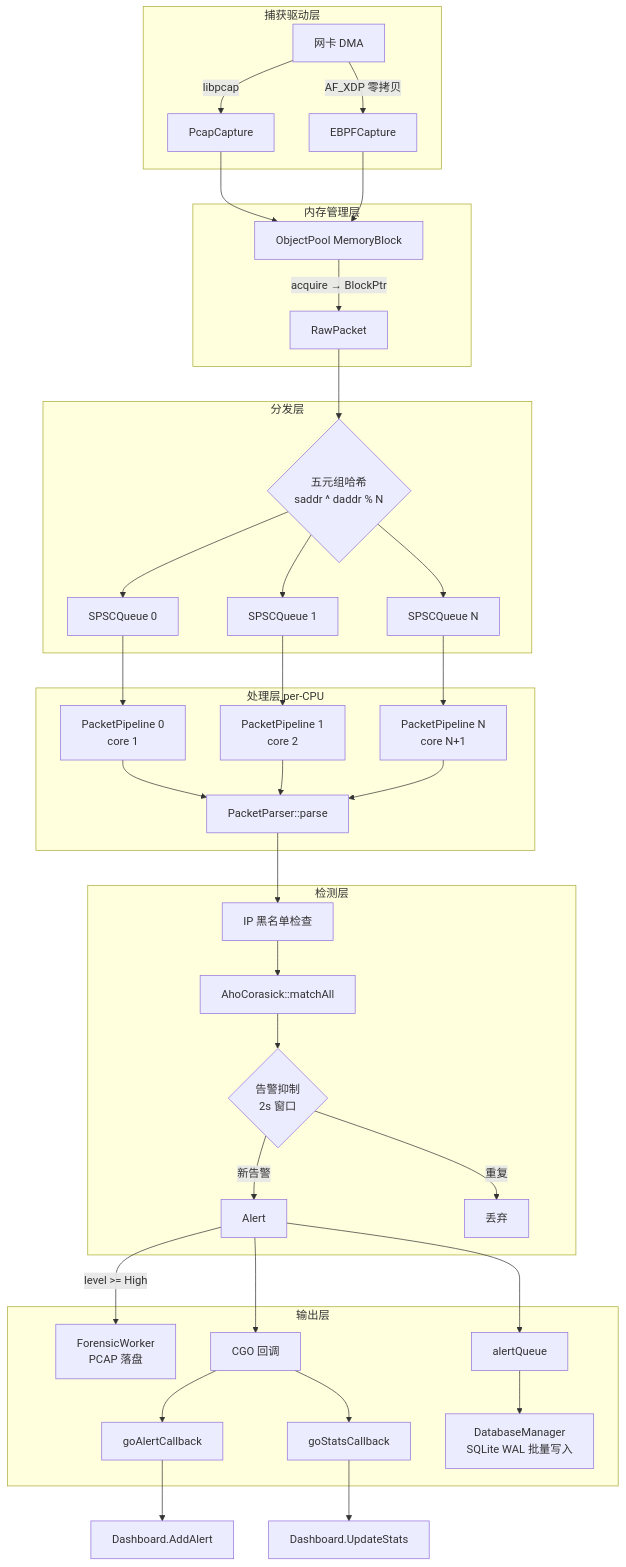
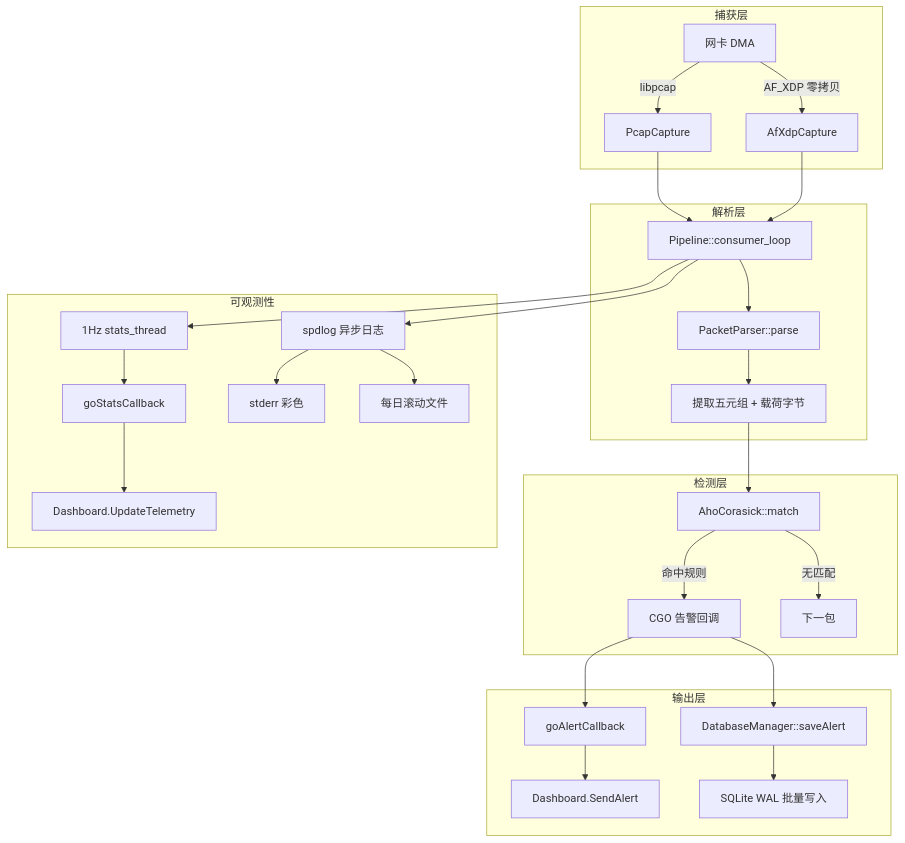
Before and after one commit to qizhi125/Sentinel-Flow: the diagram in docs/architecture.md, drawn with Mermaid. The commit also changed other lines of this file and 54 other files, not shown here.

````diff
--- a/docs/architecture.md
+++ b/docs/architecture.md
@@ -5,49 +9,37 @@
 ```mermaid
 graph TD
-    subgraph "捕获驱动层"
-        NIC[网卡 DMA] -->|libpcap| PCAP[PcapCapture]
-        NIC -->|AF_XDP 零拷贝| EBPF[EBPFCapture]
+    subgraph "捕获层"
+        NIC[网卡 DMA]
+        NIC -->|libpcap| PCAP[PcapCapture]
+        NIC -->|AF_XDP 零拷贝| AFXDP[AfXdpCapture]
     end
 
-    subgraph "内存管理层"
-        PCAP --> POOL[ObjectPool MemoryBlock]
-        EBPF --> POOL
-        POOL -->|acquire → BlockPtr| RAW[RawPacket]
-    end
-
-    subgraph "分发层"
-        RAW --> HASH{五元组哈希<br/>saddr ^ daddr % N}
-        HASH --> Q0[SPSCQueue 0]
-        HASH --> Q1[SPSCQueue 1]
-        HASH --> QN[SPSCQueue N]
-    end
-
-    subgraph "处理层 per-CPU"
-        Q0 --> PL0[PacketPipeline 0<br/>core 1]
-        Q1 --> PL1[PacketPipeline 1<br/>core 2]
-        QN --> PLN[PacketPipeline N<br/>core N+1]
-        PL0 --> PARSE[PacketParser::parse]
-        PL1 --> PARSE
-        PLN --> PARSE
+    subgraph "解析层"
+        PCAP --> PL[Pipeline::consumer_loop]
+        AFXDP --> PL
+        PL --> PARSE[PacketParser::parse]
+        PARSE --> PAYLOAD[提取五元组 + 载荷字节]
     end
 
     subgraph "检测层"
-        PARSE --> BL[IP 黑名单检查]
-        BL --> AC[AhoCorasick::matchAll]
-        AC --> SUPP{告警抑制<br/>2s 窗口}
-        SUPP -->|新告警| ALERT[Alert]
-        SUPP -->|重复| DROP[丢弃]
+        PAYLOAD --> AC[AhoCorasick::match]
+        AC -->|命中规则| CB[CGO 告警回调]
+        AC -->|无匹配| NEXT[下一包]
     end
 
     subgraph "输出层"
-        ALERT -->|level >= High| FW[ForensicWorker<br/>PCAP 落盘]
-        ALERT --> CB[CGO 回调]
-        CB --> GO_ALERT[goAlertCallback]
-        CB --> GO_STATS[goStatsCallback]
-        ALERT --> DB_QUEUE[alertQueue]
-        DB_QUEUE --> SQLITE[DatabaseManager<br/>SQLite WAL 批量写入]
+        CB --> GO[goAlertCallback]
+        GO --> DASH[Dashboard.SendAlert]
+        CB --> DB[DatabaseManager::saveAlert]
+        DB --> SQLITE[SQLite WAL 批量写入]
     end
 
-    GO_ALERT --> DASH[Dashboard.AddAlert]
-    GO_STATS --> DASH2[Dashboard.UpdateStats]
+    subgraph "可观测性"
+        PL --> STATS[1Hz stats_thread]
+        STATS --> SGO[goStatsCallback]
+        SGO --> DASH2[Dashboard.UpdateTelemetry]
+        PL --> LOG[spdlog 异步日志]
+        LOG --> STDERR[stderr 彩色]
+        LOG --> FILE[每日滚动文件]
+    end
 ```
````
